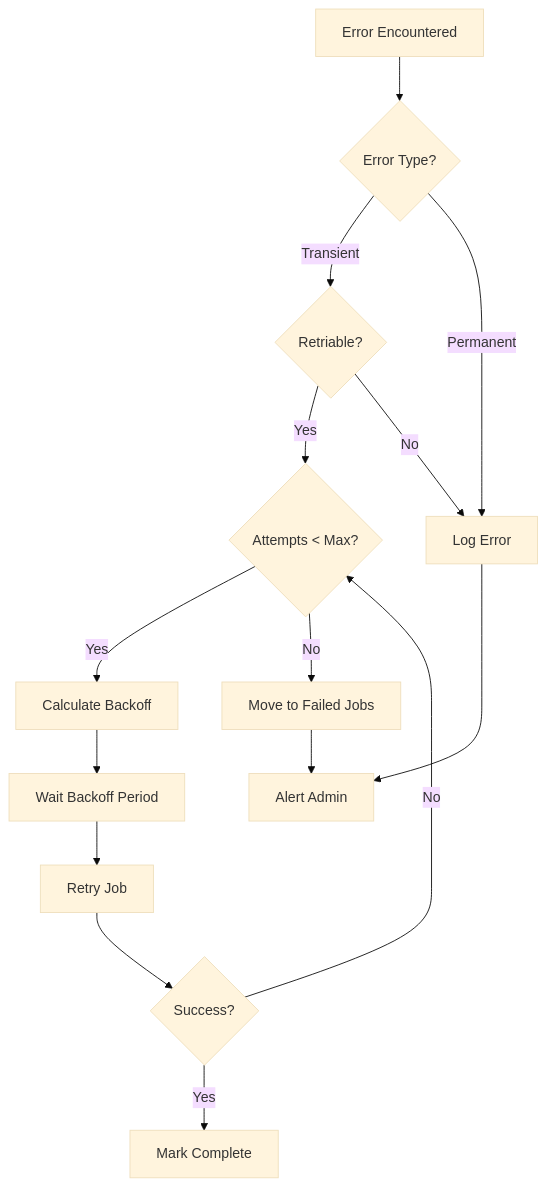
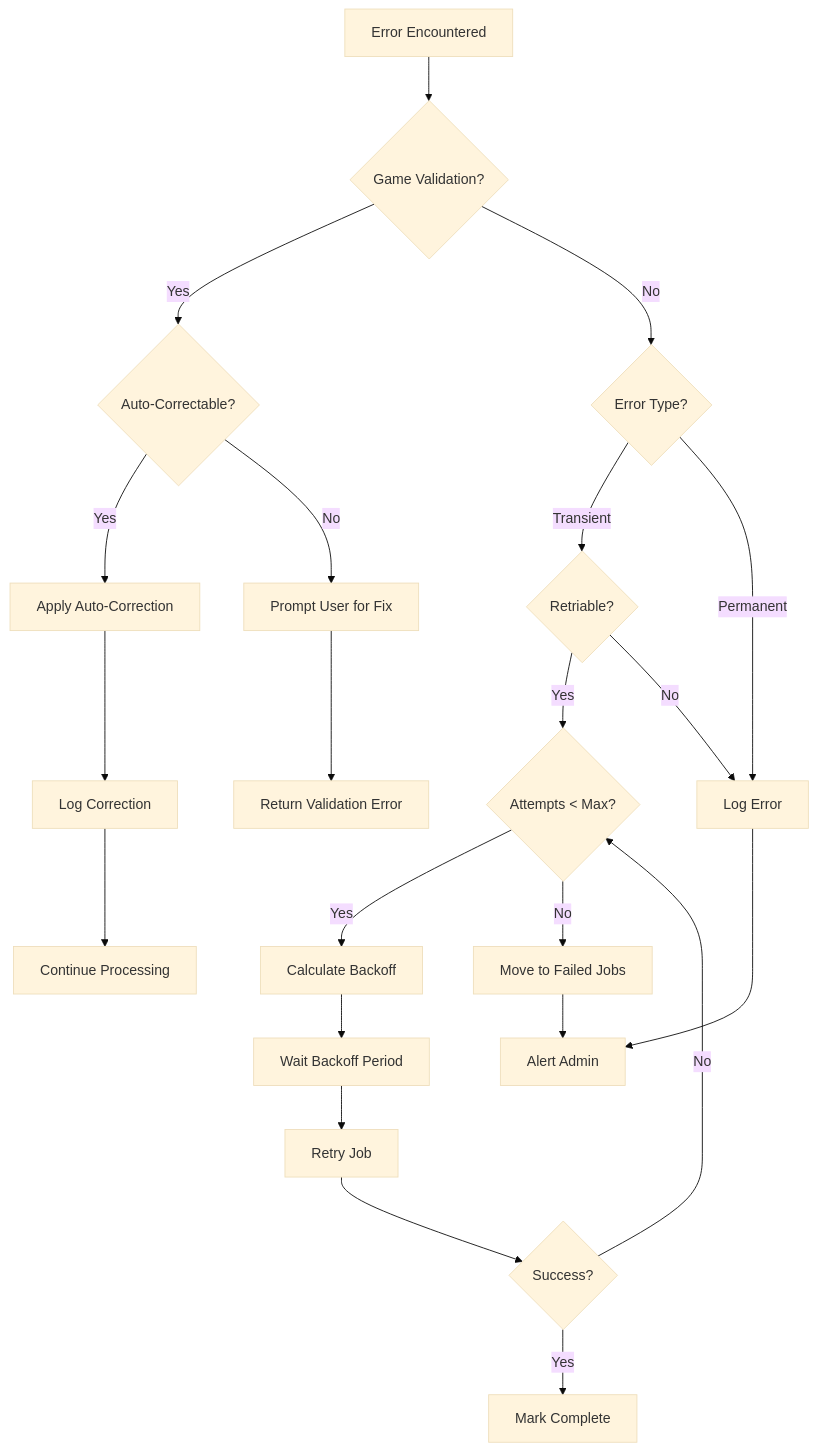
Before and after one commit to exatfrds67/umamusume-career-planner: the third of 3 diagrams in docs/01-sequences/SEQ-014_Error_Reporting_and_Retry.md, drawn with Mermaid (base theme). The commit also changed other lines of this file and 313 other files, not shown here.

````diff
--- a/docs/01-sequences/SEQ-014_Error_Reporting_and_Retry.md
+++ b/docs/01-sequences/SEQ-014_Error_Reporting_and_Retry.md
@@ -668,25 +1120,36 @@
 ```mermaid
 flowchart TD
     Error[Error Encountered]
     
-    Error --> Type{Error Type?}
+    Error --> GameVal{Game Validation?}
+    
+    GameVal -->|Yes| AutoFix{Auto-Correctable?}
+    GameVal -->|No| Type{Error Type?}
+    
+    AutoFix -->|Yes| ApplyFix[Apply Auto-Correction]
+    AutoFix -->|No| UserPrompt[Prompt User for Fix]
+    
+    ApplyFix --> LogFix[Log Correction]
+    LogFix --> Continue[Continue Processing]
+    
+    UserPrompt --> ReturnError[Return Validation Error]
     
     Type -->|Transient| Retriable{Retriable?}
     Type -->|Permanent| Log[Log Error]
     
     Retriable -->|Yes| Attempts{Attempts < Max?}
     Retriable -->|No| Log
     
     Attempts -->|Yes| Backoff[Calculate Backoff]
     Attempts -->|No| Failed[Move to Failed Jobs]
     
     Backoff --> Delay[Wait Backoff Period]
     Delay --> Retry[Retry Job]
     
     Retry --> Success{Success?}
     Success -->|Yes| Complete[Mark Complete]
     Success -->|No| Attempts
     
     Failed --> Alert[Alert Admin]
     Log --> Alert
 ```
````
